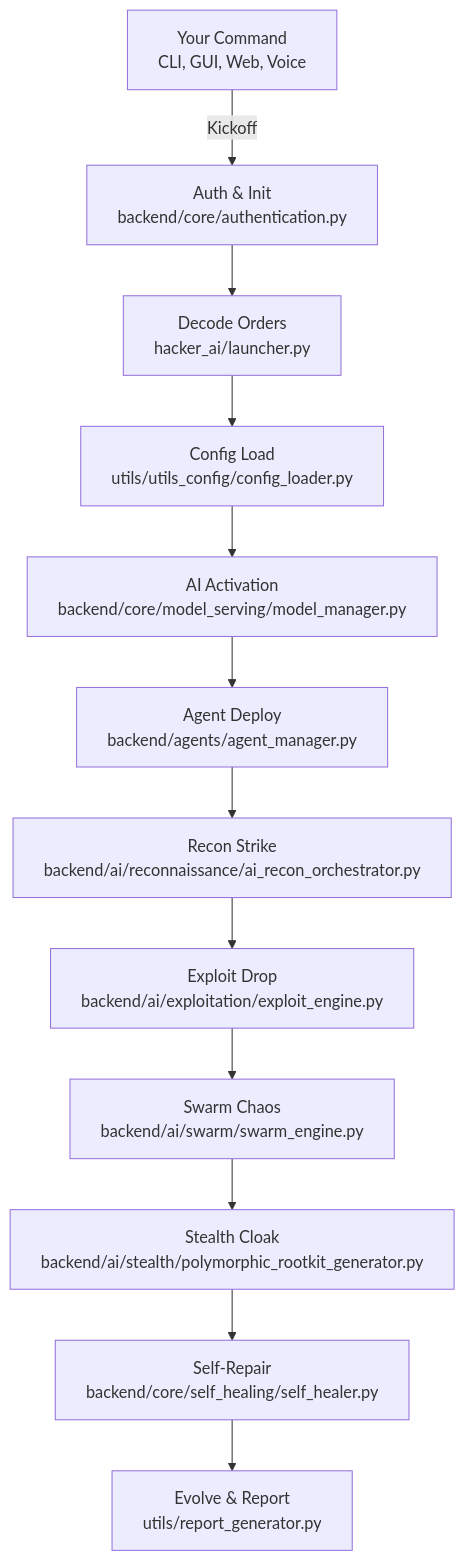
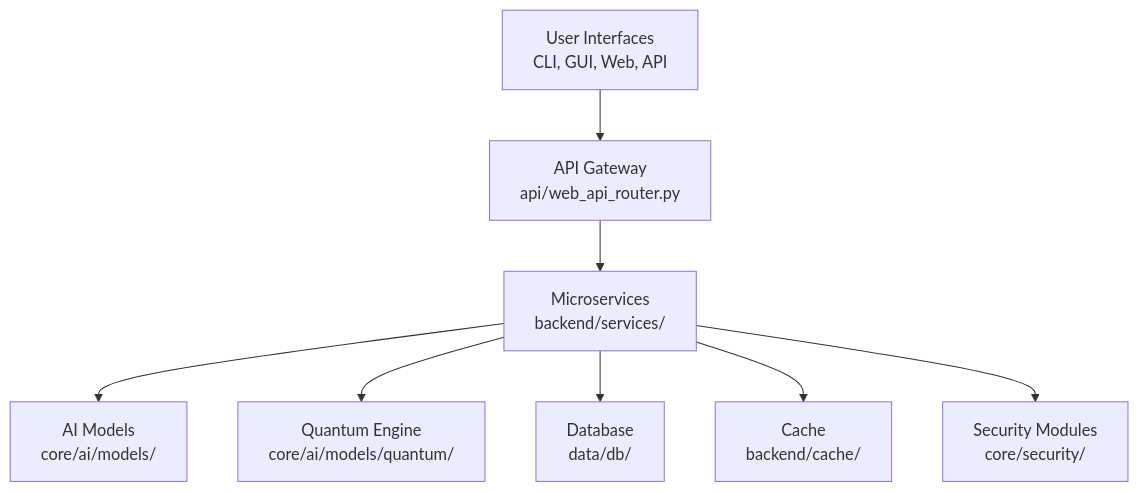
The diagram in README.md (BhanuGuragain0/Hacker_AI), drawn with Mermaid before and after one commit. The commit also changed other lines of this file, not shown here.

````diff
--- a/README.md
+++ b/README.md
@@ -431,14 +133,10 @@
-```mermaid  
-graph TD  
-    A["Your Command<br>CLI, GUI, Web, Voice"] -->|Kickoff| B["Auth & Init<br>backend/core/authentication.py"]  
-    B --> C["Decode Orders<br>hacker_ai/launcher.py"]  
-    C --> D["Config Load<br>utils/utils_config/config_loader.py"]  
-    D --> E["AI Activation<br>backend/core/model_serving/model_manager.py"]  
-    E --> F["Agent Deploy<br>backend/agents/agent_manager.py"]  
-    F --> G["Recon Strike<br>backend/ai/reconnaissance/ai_recon_orchestrator.py"]  
-    G --> H["Exploit Drop<br>backend/ai/exploitation/exploit_engine.py"]  
-    H --> I["Swarm Chaos<br>backend/ai/swarm/swarm_engine.py"]  
-    I --> J["Stealth Cloak<br>backend/ai/stealth/polymorphic_rootkit_generator.py"]  
-    J --> K["Self-Repair<br>backend/core/self_healing/self_healer.py"]  
-    K --> L["Evolve & Report<br>utils/report_generator.py"]  
+```mermaid
+graph TD
+  A[User Interfaces<br>CLI, GUI, Web, API] --> B[API Gateway<br>api/web_api_router.py]
+  B --> C[Microservices<br>backend/services/]
+  C --> D[AI Models<br>core/ai/models/]
+  C --> E[Quantum Engine<br>core/ai/models/quantum/]
+  C --> F[Database<br>data/db/]
+  C --> G[Cache<br>backend/cache/]
+  C --> H[Security Modules<br>core/security/]
 ```
````
